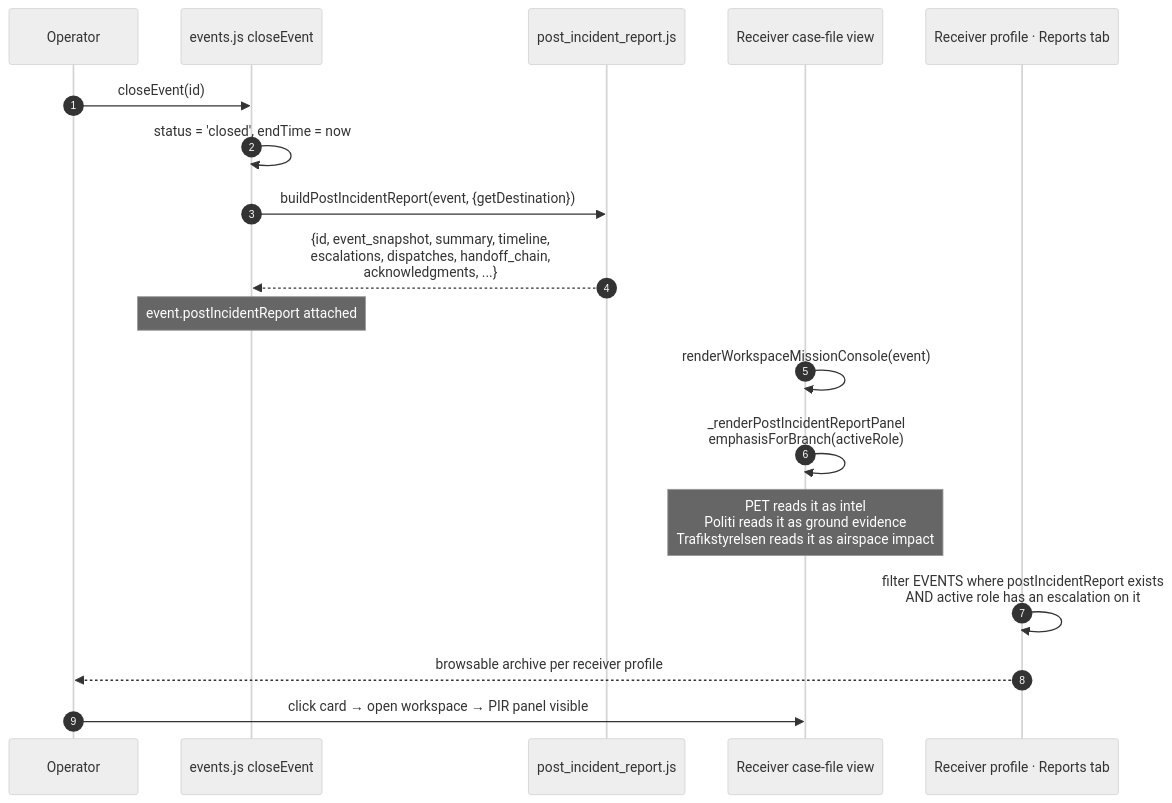
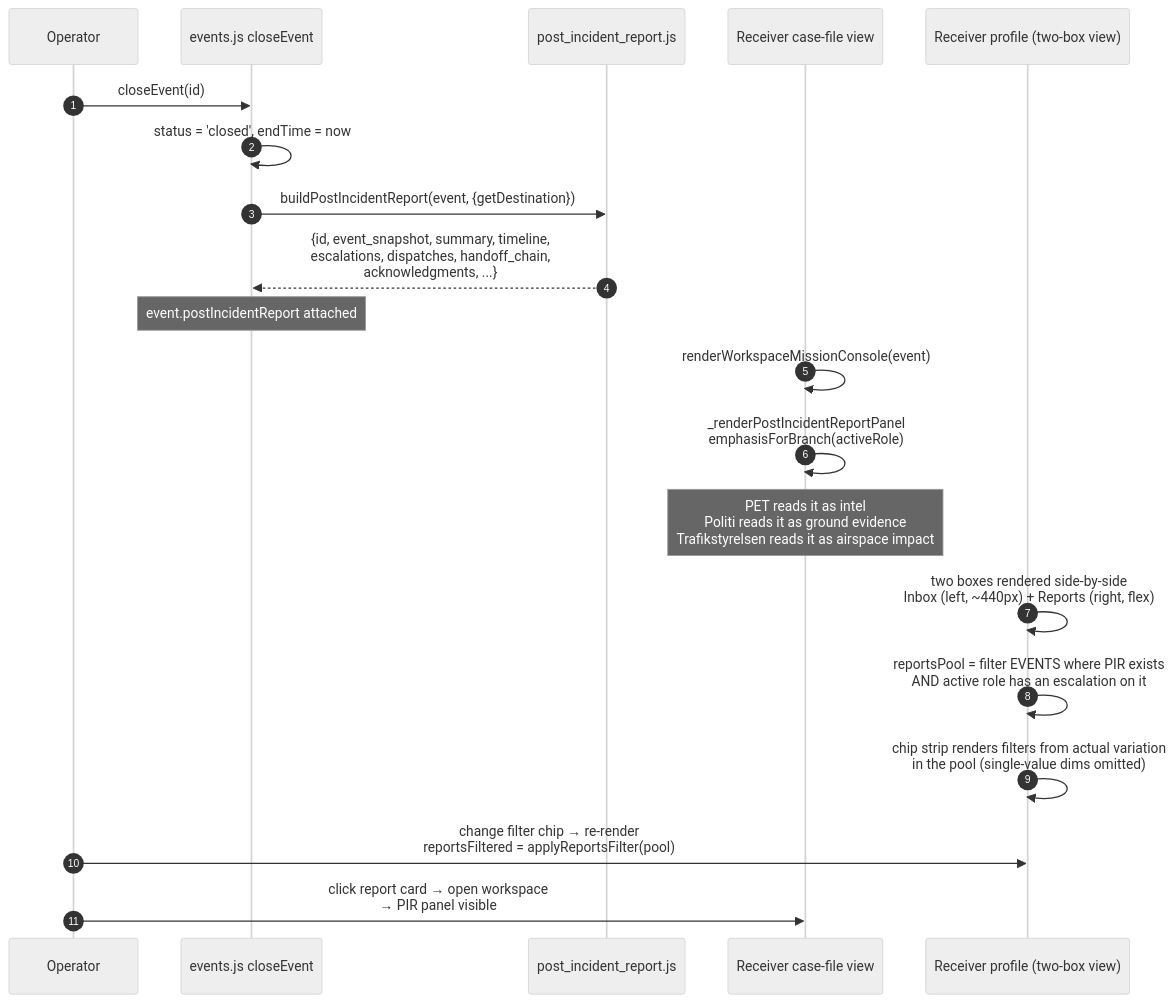
Before and after one commit to Luckyluc321/ISR-Systems-c2-platform: diagram 11 of 11 in docs/user-flows.md, drawn with Mermaid (neutral theme). The commit also changed other lines of this file and 1 other file, not shown here.

````diff
--- a/docs/user-flows.md
+++ b/docs/user-flows.md
@@ -415,23 +415,25 @@
 ```mermaid
 sequenceDiagram
     autonumber
     participant Op as Operator
     participant Ev as events.js closeEvent
     participant Gen as post_incident_report.js
     participant Case as Receiver case-file view
-    participant Lib as Receiver profile · Reports tab
+    participant Prof as Receiver profile (two-box view)
 
     Op->>Ev: closeEvent(id)
     Ev->>Ev: status = 'closed', endTime = now
     Ev->>Gen: buildPostIncidentReport(event, {getDestination})
     Gen-->>Ev: {id, event_snapshot, summary, timeline,<br/>escalations, dispatches, handoff_chain,<br/>acknowledgments, ...}
     Note over Ev: event.postIncidentReport attached
 
     Case->>Case: renderWorkspaceMissionConsole(event)
     Case->>Case: _renderPostIncidentReportPanel<br/>emphasisForBranch(activeRole)
     Note over Case: PET reads it as intel<br/>Politi reads it as ground evidence<br/>Trafikstyrelsen reads it as airspace impact
 
-    Lib->>Lib: filter EVENTS where postIncidentReport exists<br/>AND active role has an escalation on it
-    Lib-->>Op: browsable archive per receiver profile
-    Op->>Case: click card → open workspace → PIR panel visible
+    Prof->>Prof: two boxes rendered side-by-side<br/>Inbox (left, ~440px) + Reports (right, flex)
+    Prof->>Prof: reportsPool = filter EVENTS where PIR exists<br/>AND active role has an escalation on it
+    Prof->>Prof: chip strip renders filters from actual variation<br/>in the pool (single-value dims omitted)
+    Op->>Prof: change filter chip → re-render<br/>reportsFiltered = applyReportsFilter(pool)
+    Op->>Case: click report card → open workspace<br/>→ PIR panel visible
 ```
````
